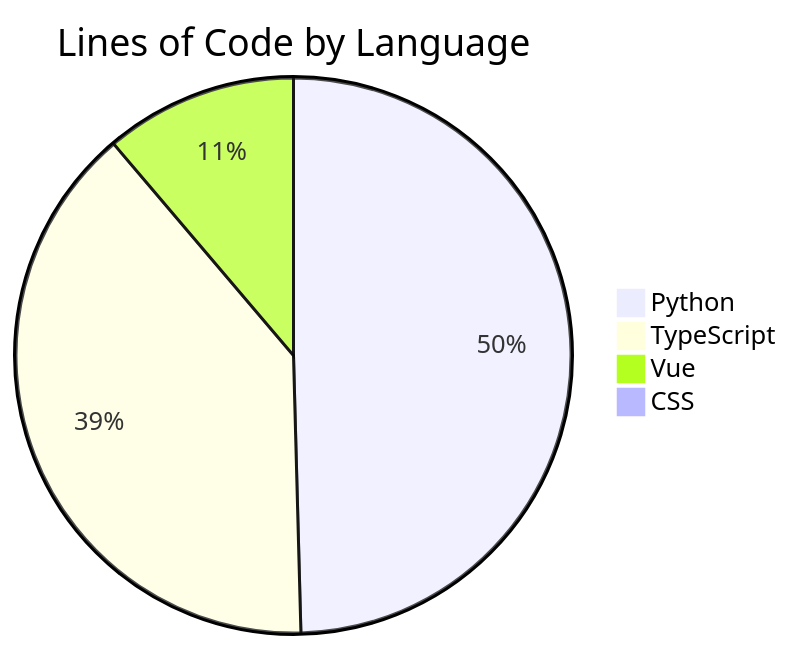
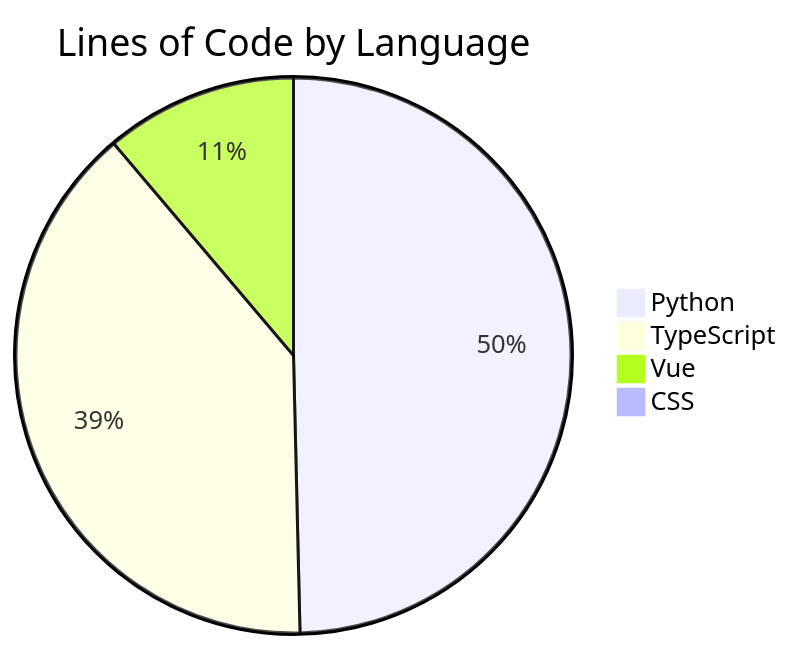
The diagram in README.md (ISW-stack/AI3L-Community), drawn with Mermaid before and after one commit. The commit also changed other lines of this file and 1 other file, not shown here.

````diff
--- a/README.md
+++ b/README.md
@@ -374,7 +374,7 @@
 ```mermaid
 pie title Lines of Code by Language
-    "Python" : 120549
-    "TypeScript" : 95364
-    "Vue" : 27258
+    "Python" : 120867
+    "TypeScript" : 95432
+    "Vue" : 27259
     "CSS" : 134
 ```
````
